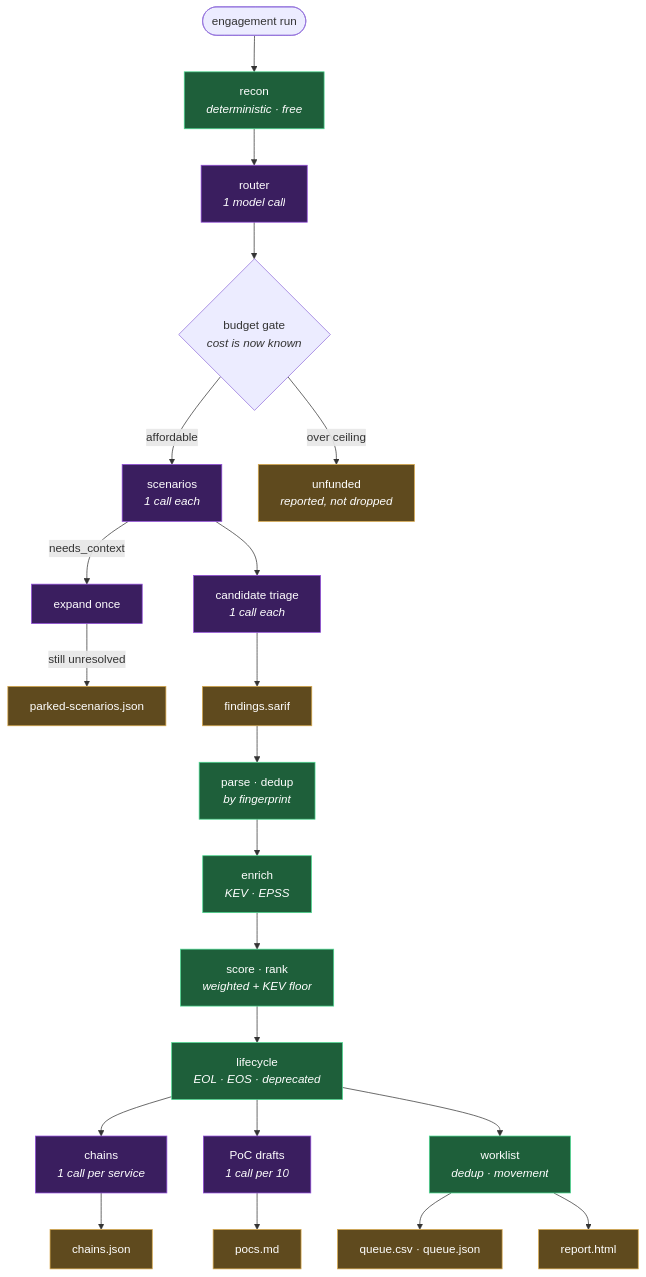
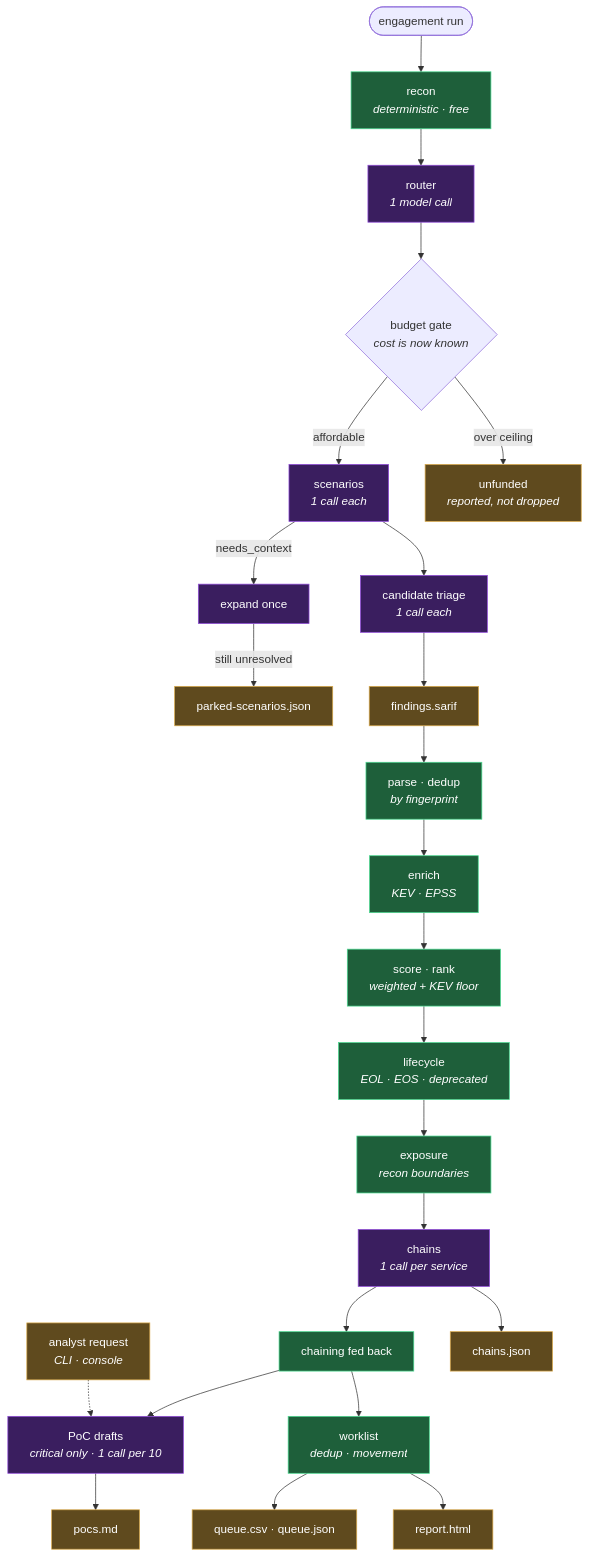
The second of 5 diagrams in docs/DATAFLOW.md (mfmiguez-oss/codescan-engagement), drawn with Mermaid before and after one commit. The commit also changed other lines of this file and 44 other files, not shown here.

````diff
--- a/docs/DATAFLOW.md
+++ b/docs/DATAFLOW.md
@@ -70,29 +70,32 @@
 ```mermaid
 flowchart TB
   classDef phase fill:#1e3a5f,stroke:#4a90d9,color:#fff
   classDef det fill:#1e5f3a,stroke:#4ad990,color:#fff
   classDef ai fill:#3a1e5f,stroke:#904ad9,color:#fff
   classDef art fill:#5f4a1e,stroke:#d9a94a,color:#fff
 
   START(["engagement run"]) --> RECON["recon<br/><i>deterministic · free</i>"]:::det
   RECON --> ROUTER["router<br/><i>1 model call</i>"]:::ai
   ROUTER --> GATE{"budget gate<br/><i>cost is now known</i>"}
   GATE -->|"affordable"| SCEN["scenarios<br/><i>1 call each</i>"]:::ai
   GATE -->|"over ceiling"| UNFUND["unfunded<br/><i>reported, not dropped</i>"]:::art
   SCEN -->|"needs_context"| EXPAND["expand once"]:::ai
   EXPAND -->|"still unresolved"| PARK["parked-scenarios.json"]:::art
   SCEN --> TRIAGE["candidate triage<br/><i>1 call each</i>"]:::ai
   TRIAGE --> SARIF["findings.sarif"]:::art
 
   SARIF --> PARSE["parse · dedup<br/><i>by fingerprint</i>"]:::det
   PARSE --> ENRICH["enrich<br/><i>KEV · EPSS</i>"]:::det
   ENRICH --> SCORE["score · rank<br/><i>weighted + KEV floor</i>"]:::det
   SCORE --> LIFE["lifecycle<br/><i>EOL · EOS · deprecated</i>"]:::det
-  LIFE --> CHAINS["chains<br/><i>1 call per service</i>"]:::ai
-  LIFE --> POC["PoC drafts<br/><i>1 call per 10</i>"]:::ai
-  LIFE --> EXPORT["worklist<br/><i>dedup · movement</i>"]:::det
+  LIFE --> EXPO["exposure<br/><i>recon boundaries</i>"]:::det
+  EXPO --> CHAINS["chains<br/><i>1 call per service</i>"]:::ai
+  CHAINS --> CHAIN2["chaining fed back"]:::det
+  CHAIN2 --> POC["PoC drafts<br/><i>critical only · 1 call per 10</i>"]:::ai
+  REQ["analyst request<br/><i>CLI · console</i>"]:::art -.-> POC
+  CHAIN2 --> EXPORT["worklist<br/><i>dedup · movement</i>"]:::det
   EXPORT --> OUT["queue.csv · queue.json"]:::art
   CHAINS --> PACK["chains.json"]:::art
   POC --> MD["pocs.md"]:::art
   EXPORT --> HTML["report.html"]:::art
 ```
````
